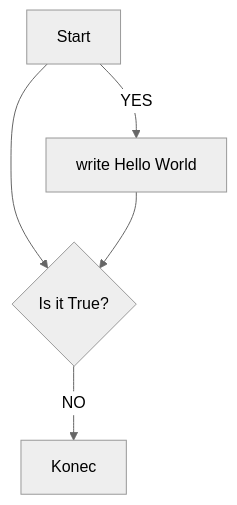
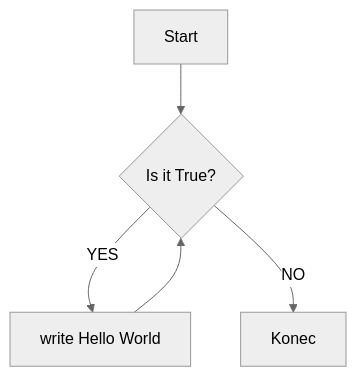
The diagram in README.md (denisa-mat/BP-microbit), drawn with Mermaid (neutral theme) before and after one commit.

Commit message:
while-diagram fix

````diff
--- a/README.md
+++ b/README.md
@@ -41,7 +41,7 @@
 ```mermaid
   graph TD;
       A[Start] --> B{Is it True?};
-      A -- YES --> C[write Hello World];
+      B -- YES --> C[write Hello World];
 	  C --> B;
       B -- NO -->D[Konec];
 ```
````
